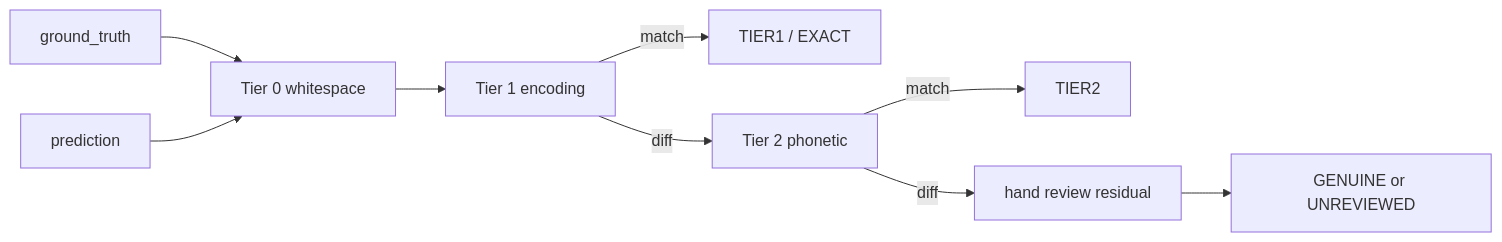
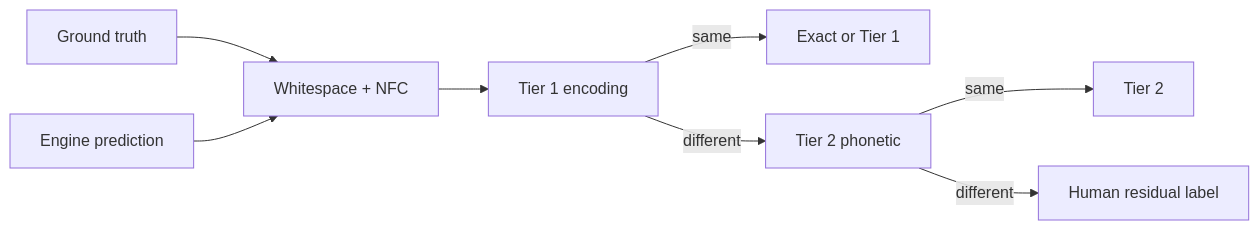
The diagram in BOOK.md (Adya6714/vlm-ocr-eval), drawn with Mermaid before and after one commit. The commit also changed other lines of this file, not shown here.

````diff
--- a/BOOK.md
+++ b/BOOK.md
@@ -177,11 +308,10 @@
 ```mermaid
 flowchart LR
-  GT[ground_truth] --> T0[Tier 0 whitespace]
-  Pred[prediction] --> T0
-  T0 --> T1[Tier 1 encoding]
-  T1 -->|match| E1[TIER1 / EXACT]
-  T1 -->|diff| T2[Tier 2 phonetic]
-  T2 -->|match| E2[TIER2]
-  T2 -->|diff| HR[hand review residual]
-  HR --> GEN[GENUINE or UNREVIEWED]
+  GT[Ground truth] --> N[Whitespace + NFC]
+  P[Engine prediction] --> N
+  N --> T1[Tier 1 encoding]
+  T1 -->|same| OK[Exact or Tier 1]
+  T1 -->|different| T2[Tier 2 phonetic]
+  T2 -->|same| PH[Tier 2]
+  T2 -->|different| H[Human residual label]
 ```
````
